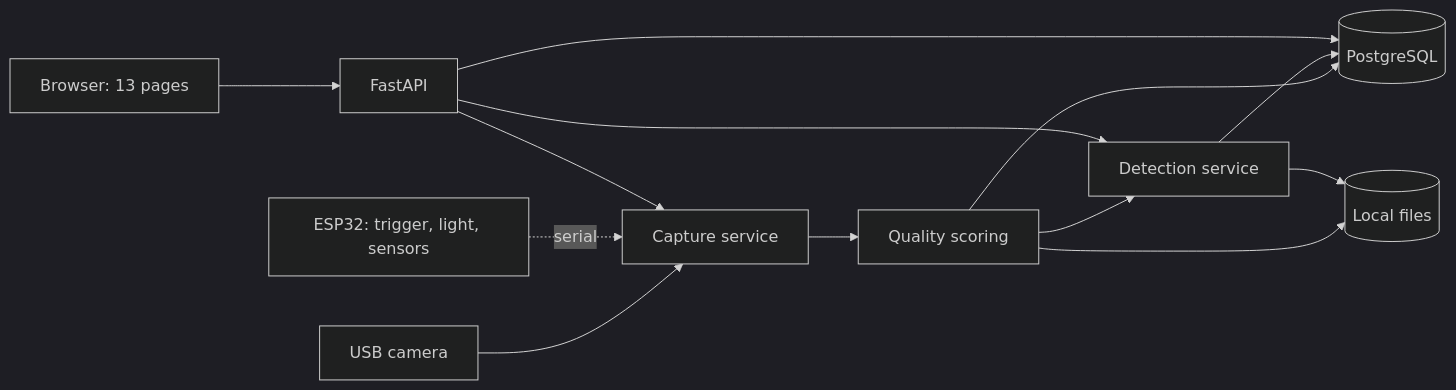
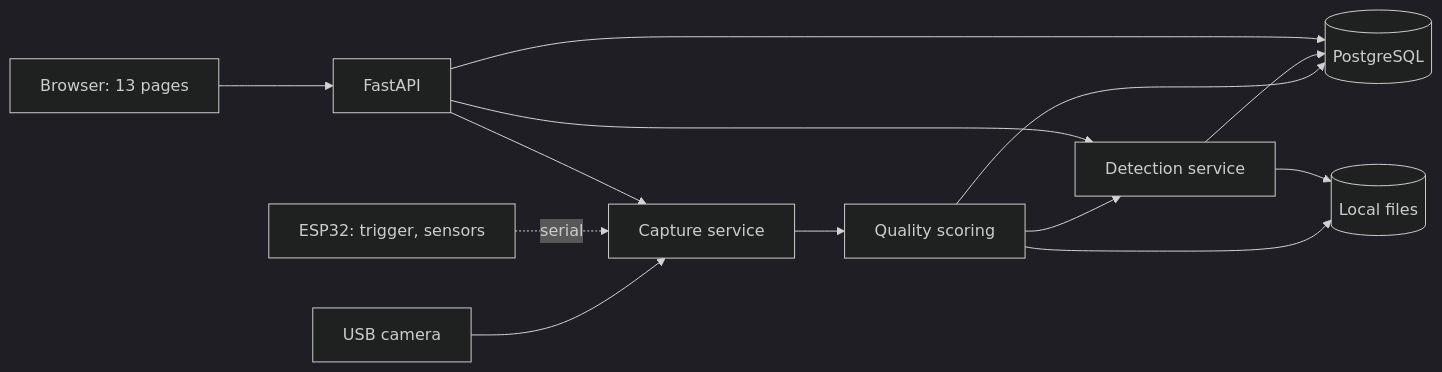
The first of 2 diagrams in docs/architecture-en.md (FrozenYty/aquavision), drawn with Mermaid (dark theme) before and after one commit. The commit also changed 10 other files, not shown here.

````diff
--- a/docs/architecture-en.md
+++ b/docs/architecture-en.md
@@ -20,15 +20,15 @@
 ```mermaid
 flowchart LR
     CAM[USB camera] --> CAP[Capture service]
-    MCU[ESP32: trigger, light, sensors] -. serial .-> CAP
+    MCU[ESP32: trigger, sensors] -. serial .-> CAP
     CAP --> Q[Quality scoring]
     Q --> DB[(PostgreSQL)]
     Q --> FS[(Local files)]
     Q --> DET[Detection service]
     DET --> DB
     DET --> FS
     WEB[Browser: 13 pages] --> API[FastAPI]
     API --> CAP
     API --> DET
     API --> DB
 ```
````
